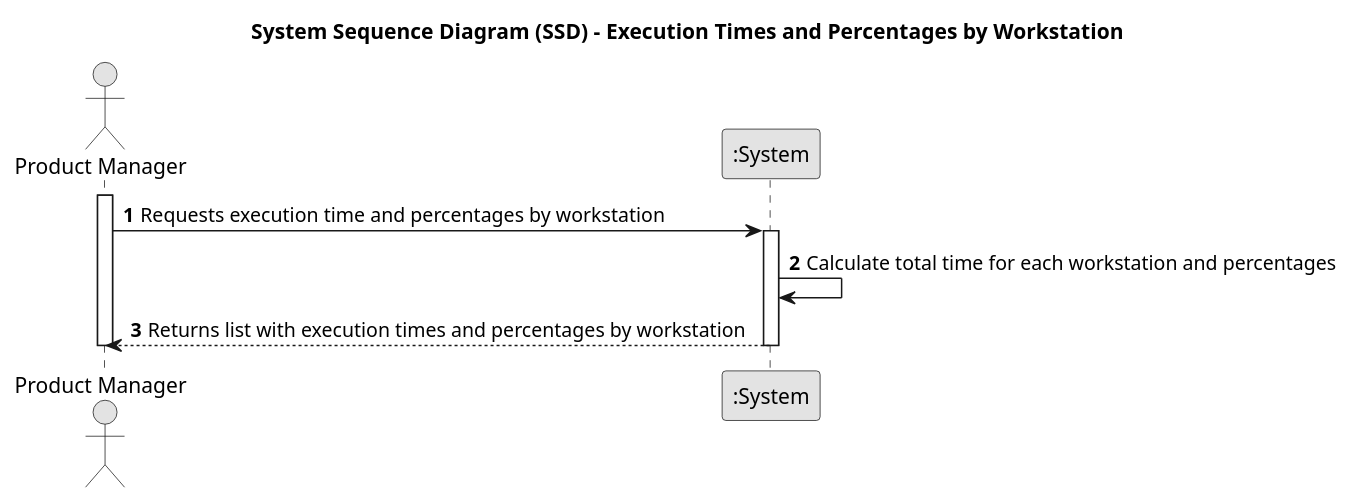
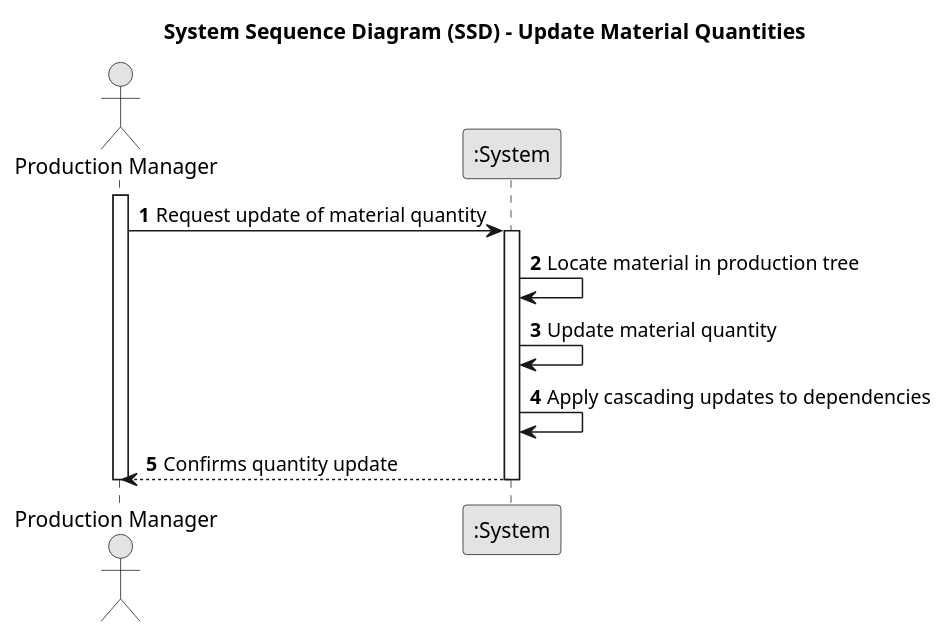
One commit to AmirMasnavi/Industrial-Production-Simulator changed the diagram in Sprint2/documentation/USEI12/01.requirements-engineering/puml/USEI05-system-sequence-diagram.puml. Above: the diagram before and after it, drawn with PlantUML. The commit also changed 15 other files, not shown here.

```diff
--- a/Sprint2/documentation/USEI12/01.requirements-engineering/puml/USEI05-system-sequence-diagram.puml
+++ b/Sprint2/documentation/USEI12/01.requirements-engineering/puml/USEI05-system-sequence-diagram.puml
@@ -1,24 +1,27 @@
 @startuml
 skinparam monochrome true
 skinparam packageStyle rectangle
 skinparam shadowing false
 
-title System Sequence Diagram (SSD) - Execution Times and Percentages by Workstation
+title System Sequence Diagram (SSD) - Update Material Quantities
 
 autonumber
 
-actor "Product Manager" as ProductManager
+actor "Production Manager" as ProductionManager
 participant ":System" as System
 
-activate ProductManager
+activate ProductionManager
 
-    ProductManager -> System : Requests execution time and percentages by workstation
+    ProductionManager -> System : Request update of material quantity
     activate System
 
-        System -> System : Calculate total time for each workstation and percentages
-        System --> ProductManager : Returns list with execution times and percentages by workstation
+        System -> System : Locate material in production tree
+        System -> System : Update material quantity
+        System -> System : Apply cascading updates to dependencies
+
+        System --> ProductionManager : Confirms quantity update
 
     deactivate System
-deactivate ProductManager
+deactivate ProductionManager
 
 @enduml
```
